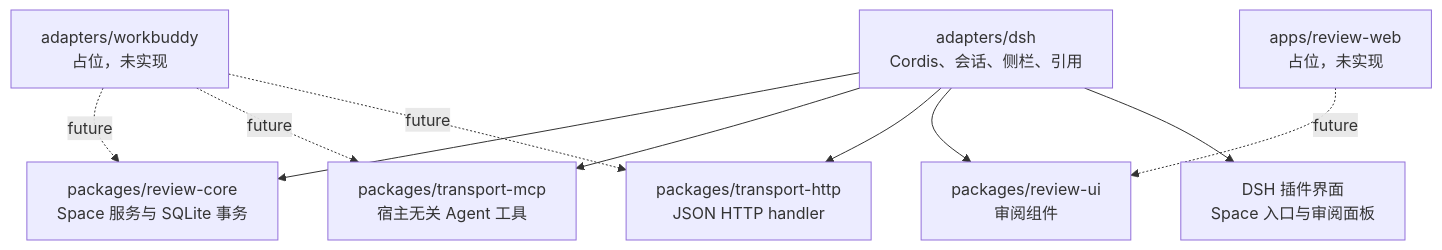
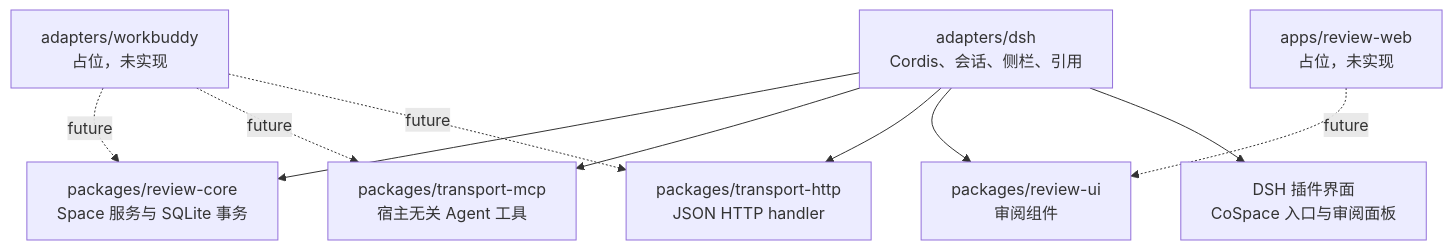
Before and after one commit to hanfang5057-byte/co-space: the diagram in docs/09-host-adapters-architecture.md, drawn with Mermaid. The commit also changed other lines of this file and 18 other files, not shown here.

````diff
--- a/docs/09-host-adapters-architecture.md
+++ b/docs/09-host-adapters-architecture.md
@@ -52,20 +52,20 @@
 ```mermaid
 flowchart TB
     CORE["packages/review-core<br/>Space 服务与 SQLite 事务"]
     MCP["packages/transport-mcp<br/>宿主无关 Agent 工具"]
     HTTP["packages/transport-http<br/>JSON HTTP handler"]
     UI["packages/review-ui<br/>审阅组件"]
     DSH_ADAPTER["adapters/dsh<br/>Cordis、会话、侧栏、引用"]
     WB_ADAPTER["adapters/workbuddy<br/>占位，未实现"]
-    DSH_UI["DSH 插件界面<br/>Space 入口与审阅面板"]
+    DSH_UI["DSH 插件界面<br/>CoSpace 入口与审阅面板"]
     WB_UI["apps/review-web<br/>占位，未实现"]
     DSH_ADAPTER --> CORE
     DSH_ADAPTER --> MCP
     DSH_ADAPTER --> HTTP
     DSH_ADAPTER --> UI
     DSH_ADAPTER --> DSH_UI
     WB_ADAPTER -. "future" .-> CORE
     WB_ADAPTER -. "future" .-> MCP
     WB_ADAPTER -. "future" .-> HTTP
     WB_UI -. "future" .-> UI
 ```
````
